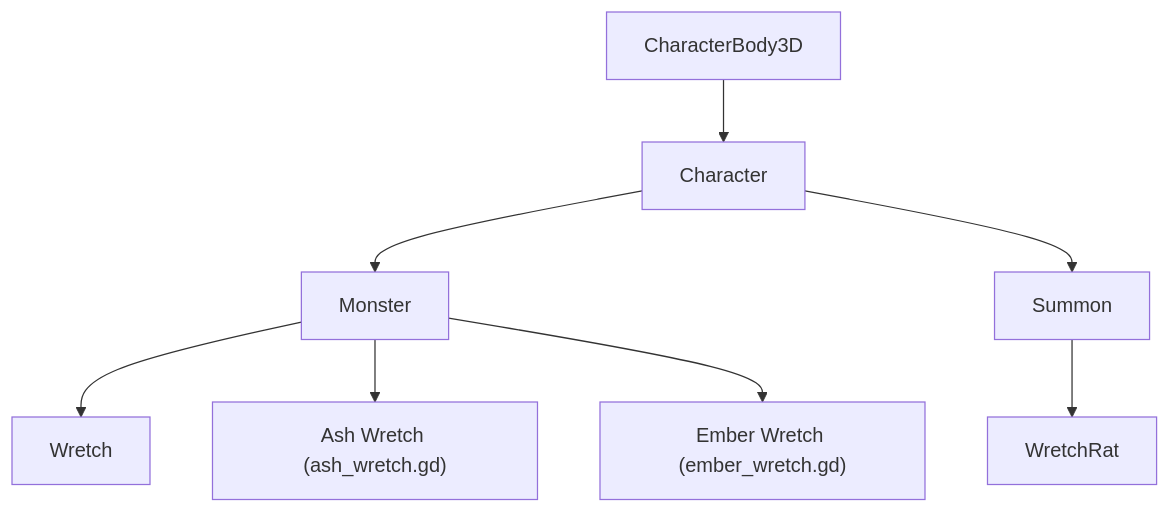
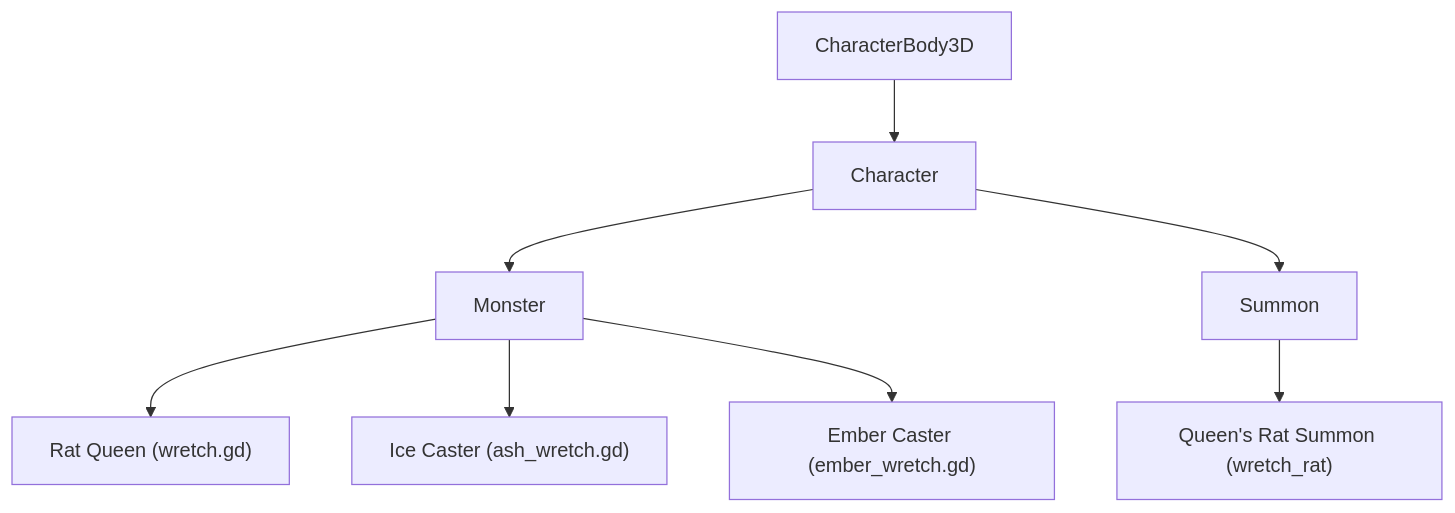
One commit to Armando-Garcia/friend-slop changed the first of 7 diagrams in docs/monsters/README.md. Above: the diagram before and after it, drawn with Mermaid. The commit also changed other lines of this file and 23 other files, not shown here.

First line of the commit message:
Rename monster display names to Rat Queen, Ice Caster, Ember Caster, and Queen's Rat Summon.

````diff
--- a/docs/monsters/README.md
+++ b/docs/monsters/README.md
@@ -39,10 +39,10 @@
 ```mermaid
 flowchart TB
   CharacterBody3D --> Character
   Character --> Monster
   Character --> Summon
-  Monster --> Wretch
-  Summon --> WretchRat
-  Monster --> AshWretch["Ash Wretch (ash_wretch.gd)"]
-  Monster --> EmberWretch["Ember Wretch (ember_wretch.gd)"]
+  Monster --> Wretch["Rat Queen (wretch.gd)"]
+  Summon --> WretchRat["Queen's Rat Summon (wretch_rat)"]
+  Monster --> AshWretch["Ice Caster (ash_wretch.gd)"]
+  Monster --> EmberWretch["Ember Caster (ember_wretch.gd)"]
 ```
````
